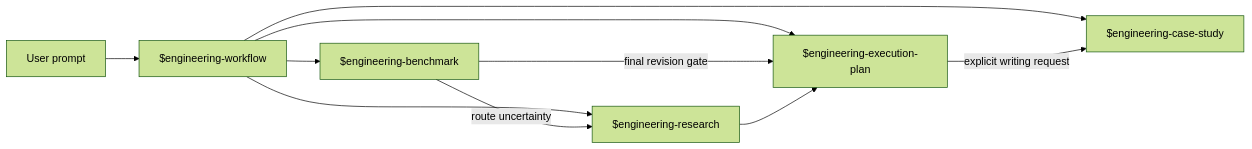
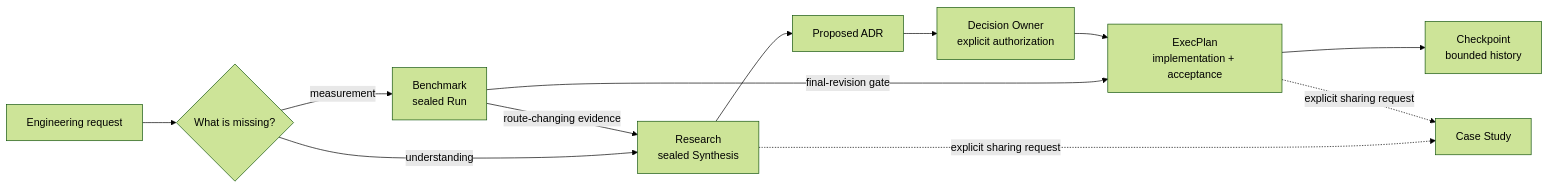
The second of 2 diagrams in README.md (XiaoWeiKIN/RepoFoundryAI), drawn with Mermaid (forest theme) before and after one commit. The commit also changed other lines of this file and 52 other files, not shown here.

````diff
--- a/README.md
+++ b/README.md
@@ -249,12 +61,14 @@
 ```mermaid
 flowchart LR
-    P["User prompt"] --> W["$engineering-workflow"]
-    W --> B["$engineering-benchmark"]
-    W --> R["$engineering-research"]
-    W --> E["$engineering-execution-plan"]
-    W --> C["$engineering-case-study"]
-    B -->|"route uncertainty"| R
-    B -->|"final revision gate"| E
-    R --> E
-    E -->|"explicit writing request"| C
+    U["Engineering request"] --> Q{"What is missing?"}
+    Q -->|"measurement"| B["Benchmark<br/>sealed Run"]
+    Q -->|"understanding"| R["Research<br/>sealed Synthesis"]
+    B -->|"route-changing evidence"| R
+    B -->|"final-revision gate"| E
+    R --> A["Proposed ADR"]
+    A --> O["Decision Owner<br/>explicit authorization"]
+    O --> E["ExecPlan<br/>implementation + acceptance"]
+    E --> C["Checkpoint<br/>bounded history"]
+    R -. "explicit sharing request" .-> S["Case Study"]
+    E -. "explicit sharing request" .-> S
 ```
````
